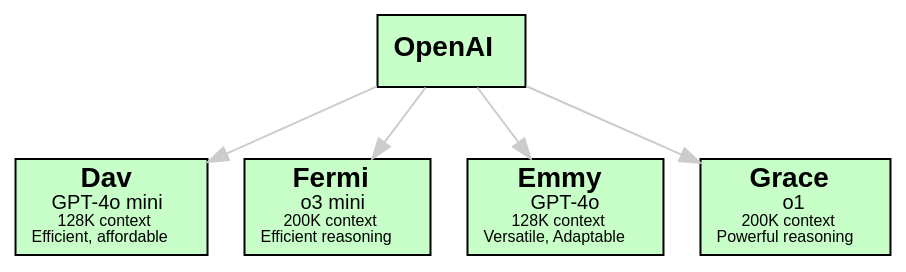
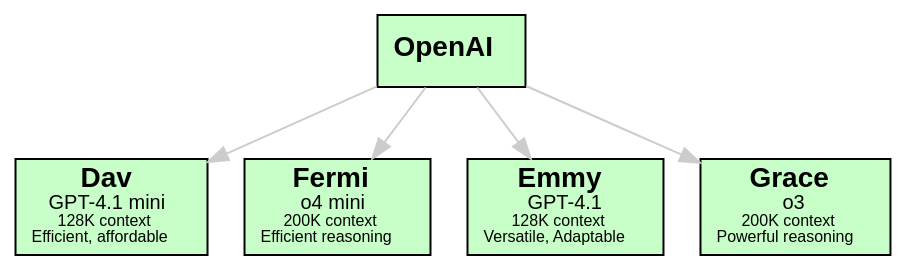
One commit to sswam/allemande changed the second of 12 diagrams in doc/guide.md. Above: the diagram before and after it, drawn with Graphviz. The commit also changed other lines of this file and 1 other file, not shown here.

````diff
--- a/doc/guide.md
+++ b/doc/guide.md
@@ -63,18 +63,18 @@
 ```dot
 digraph OpenAI {
     graph [bgcolor=transparent]
     edge [color="#CCCCCC"]
     node [shape=box, style=filled, fillcolor="#C8FFC8", fontname="Helvetica"]
 
     "OpenAI" [label=<<b>OpenAI</b>>]
-    "Dav" [label=<<b>Dav</b><br/><font point-size="10">GPT-4o mini</font><br/><font point-size="8">128K context</font><br/><font point-size="8">Efficient, affordable</font>>]
-    "Fermi" [label=<<b>Fermi</b><br/><font point-size="10">o3 mini</font><br/><font point-size="8">200K context</font><br/><font point-size="8">Efficient reasoning</font>>]
-    "Emmy" [label=<<b>Emmy</b><br/><font point-size="10">GPT-4o</font><br/><font point-size="8">128K context</font><br/><font point-size="8">Versatile, Adaptable</font>>]
-    "Grace" [label=<<b>Grace</b><br/><font point-size="10">o1</font><br/><font point-size="8">200K context</font><br/><font point-size="8">Powerful reasoning</font>>]
+    "Dav" [label=<<b>Dav</b><br/><font point-size="10">GPT-4.1 mini</font><br/><font point-size="8">128K context</font><br/><font point-size="8">Efficient, affordable</font>>]
+    "Fermi" [label=<<b>Fermi</b><br/><font point-size="10">o4 mini</font><br/><font point-size="8">200K context</font><br/><font point-size="8">Efficient reasoning</font>>]
+    "Emmy" [label=<<b>Emmy</b><br/><font point-size="10">GPT-4.1</font><br/><font point-size="8">128K context</font><br/><font point-size="8">Versatile, Adaptable</font>>]
+    "Grace" [label=<<b>Grace</b><br/><font point-size="10">o3</font><br/><font point-size="8">200K context</font><br/><font point-size="8">Powerful reasoning</font>>]
 
     "OpenAI" -> "Dav"
     "OpenAI" -> "Fermi"
     "OpenAI" -> "Emmy"
     "OpenAI" -> "Grace"
 }
 ```
````
